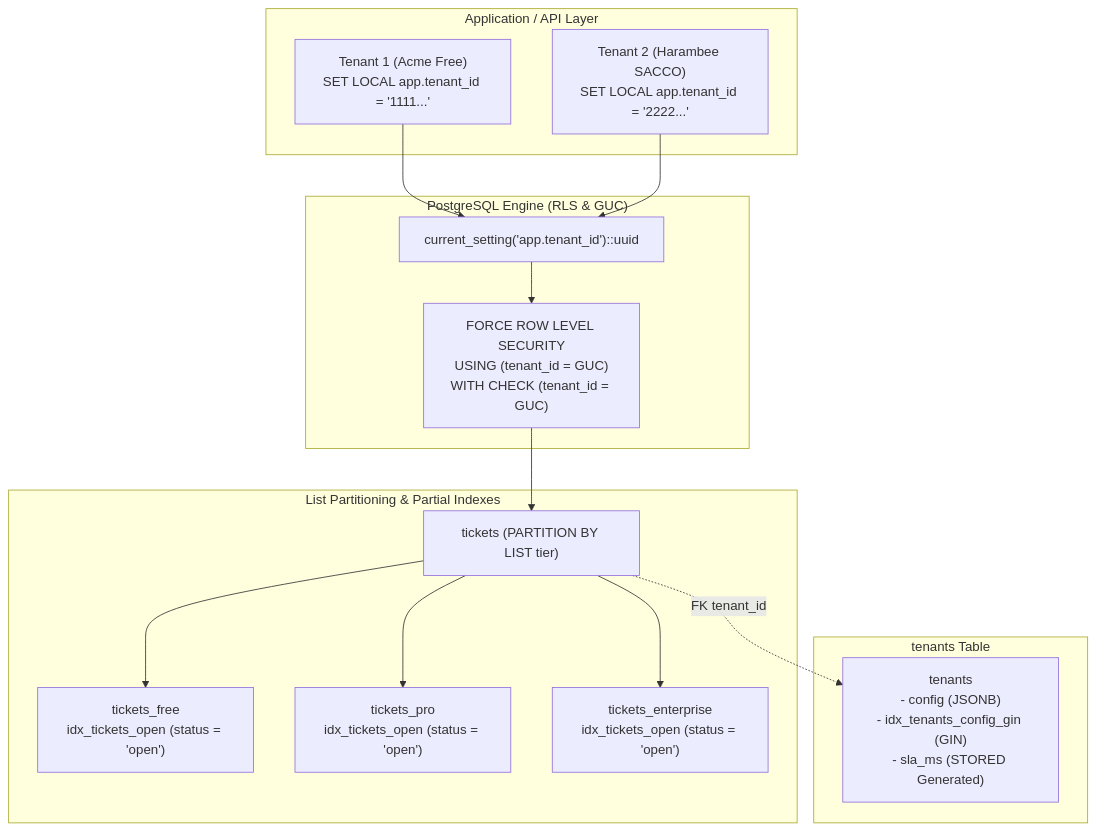
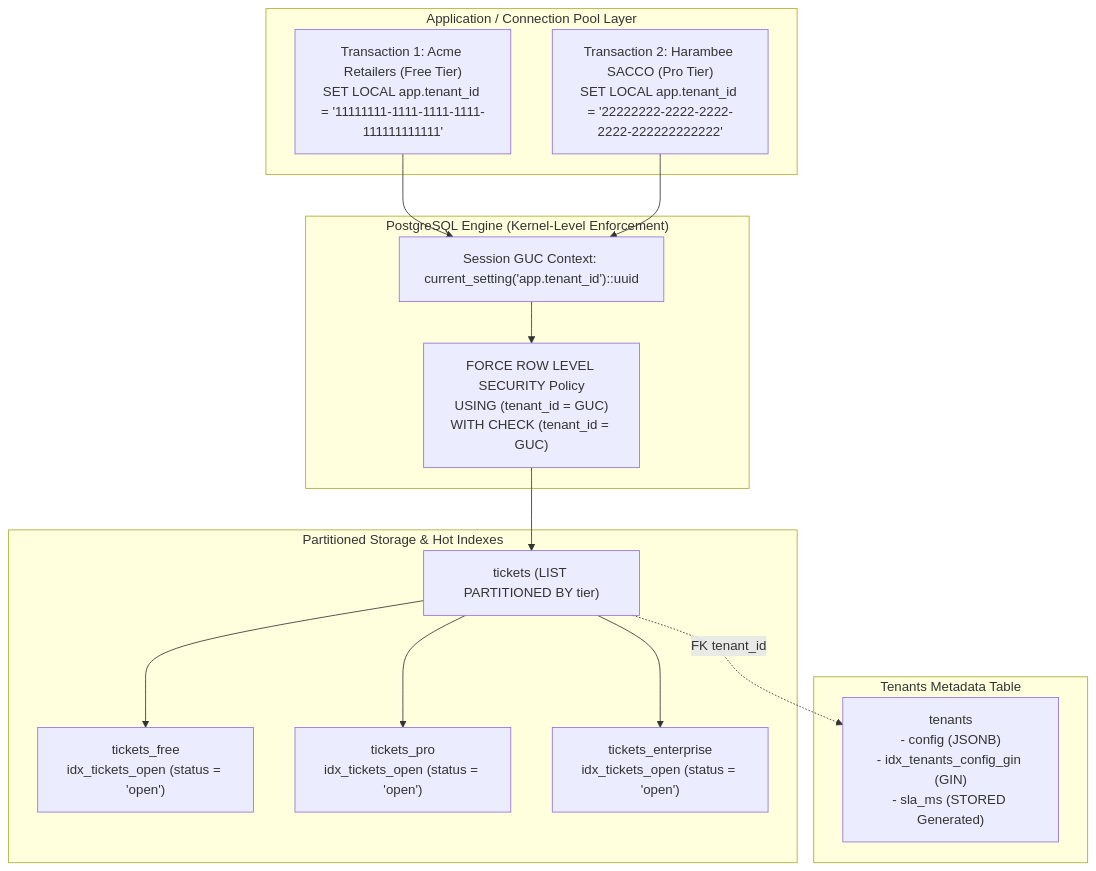
The diagram in README.md (crnjihia/tenancy-helpdesk-db), drawn with Mermaid before and after one commit. The commit also changed other lines of this file, not shown here.

Commit message:
docs: enhance README with schema ERD visual, port 5433 mapping, and client guide

````diff
--- a/README.md
+++ b/README.md
@@ -22,32 +40,32 @@
 ```mermaid
 flowchart TD
-    subgraph Client ["Application / API Layer"]
-        Tx1["Tenant 1 (Acme Free)\nSET LOCAL app.tenant_id = '1111...'"]
-        Tx2["Tenant 2 (Harambee SACCO)\nSET LOCAL app.tenant_id = '2222...'"]
+    subgraph AppLayer ["Application / Connection Pool Layer"]
+        Tx1["Transaction 1: Acme Retailers (Free Tier)\nSET LOCAL app.tenant_id = '11111111-1111-1111-1111-111111111111'"]
+        Tx2["Transaction 2: Harambee SACCO (Pro Tier)\nSET LOCAL app.tenant_id = '22222222-2222-2222-2222-222222222222'"]
     end
 
-    subgraph PostgresEngine ["PostgreSQL Engine (RLS & GUC)"]
-        GUC["current_setting('app.tenant_id')::uuid"]
-        RLS["FORCE ROW LEVEL SECURITY\nUSING (tenant_id = GUC)\nWITH CHECK (tenant_id = GUC)"]
+    subgraph PostgresEngine ["PostgreSQL Engine (Kernel-Level Enforcement)"]
+        GUC["Session GUC Context: current_setting('app.tenant_id')::uuid"]
+        RLS["FORCE ROW LEVEL SECURITY Policy\nUSING (tenant_id = GUC)\nWITH CHECK (tenant_id = GUC)"]
     end
 
-    subgraph Storage ["List Partitioning & Partial Indexes"]
-        Tickets["tickets (PARTITION BY LIST tier)"]
+    subgraph PhysicalStorage ["Partitioned Storage & Hot Indexes"]
+        Tickets["tickets (LIST PARTITIONED BY tier)"]
         PFree["tickets_free\nidx_tickets_open (status = 'open')"]
         PPro["tickets_pro\nidx_tickets_open (status = 'open')"]
         PEnt["tickets_enterprise\nidx_tickets_open (status = 'open')"]
     end
 
-    subgraph TenantsConfig ["tenants Table"]
+    subgraph TenantMetadata ["Tenants Metadata Table"]
         Tenants["tenants\n- config (JSONB)\n- idx_tenants_config_gin (GIN)\n- sla_ms (STORED Generated)"]
     end
 
     Tx1 --> GUC
     Tx2 --> GUC
     GUC --> RLS
     RLS --> Tickets
     Tickets --> PFree
     Tickets --> PPro
     Tickets --> PEnt
     Tickets -.->|FK tenant_id| Tenants
 ```
````
